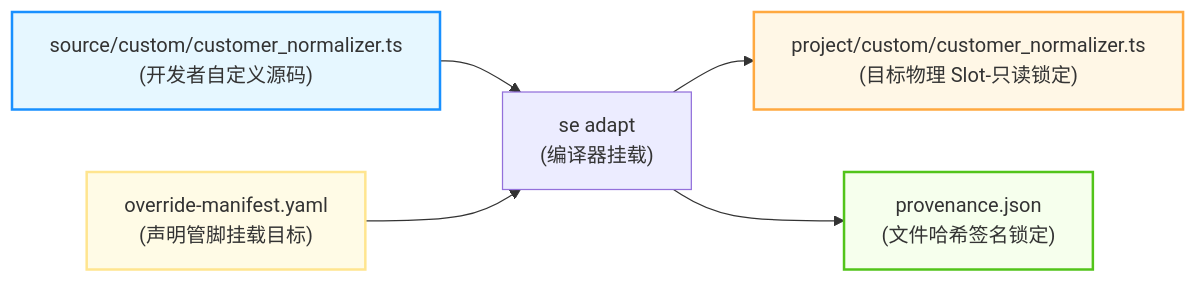
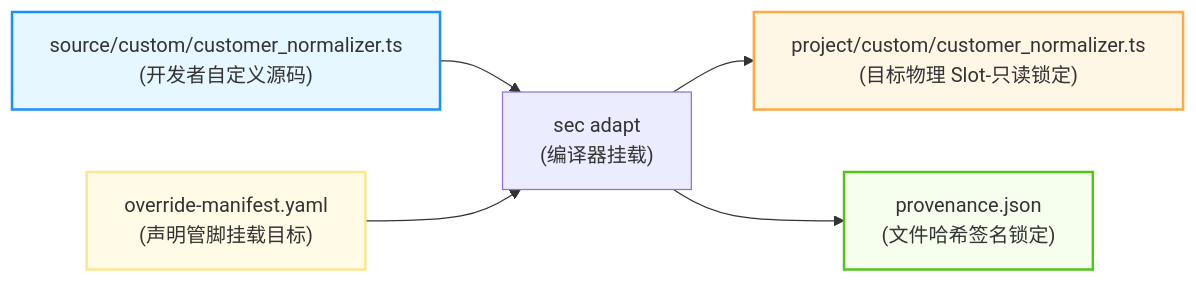
The fourth of 4 diagrams in docs/12-编译管道与行为流图示.md (sec-platform/sec), drawn with Mermaid before and after one commit. The commit also changed other lines of this file and 1 other file, not shown here.

Commit message:
docs: organize docs index paths and rebrand se to sec in pipeline diagram

````diff
--- a/docs/12-编译管道与行为流图示.md
+++ b/docs/12-编译管道与行为流图示.md
@@ -128,20 +128,20 @@
 ```mermaid
 graph LR
     classDef sourceStyle fill:#e6f7ff,stroke:#1890ff,stroke-width:2px;
     classDef manifestStyle fill:#fffbe6,stroke:#ffe58f,stroke-width:2px;
     classDef projectStyle fill:#fff7e6,stroke:#ffa940,stroke-width:2px;
     classDef provStyle fill:#f6ffed,stroke:#52c41a,stroke-width:2px;
 
     SrcCode["source/custom/customer_normalizer.ts<br>(开发者自定义源码)"]:::sourceStyle
     Manifest["override-manifest.yaml<br>(声明管脚挂载目标)"]:::manifestStyle
     
-    CompilerAdapt["se adapt<br>(编译器挂载)"]
+    CompilerAdapt["sec adapt<br>(编译器挂载)"]
     
     TargetCode["project/custom/customer_normalizer.ts<br>(目标物理 Slot-只读锁定)"]:::projectStyle
     Provenance["provenance.json<br>(文件哈希签名锁定)"]:::provStyle
 
     SrcCode --> CompilerAdapt
     Manifest --> CompilerAdapt
     CompilerAdapt --> TargetCode
     CompilerAdapt --> Provenance
 ```
````
